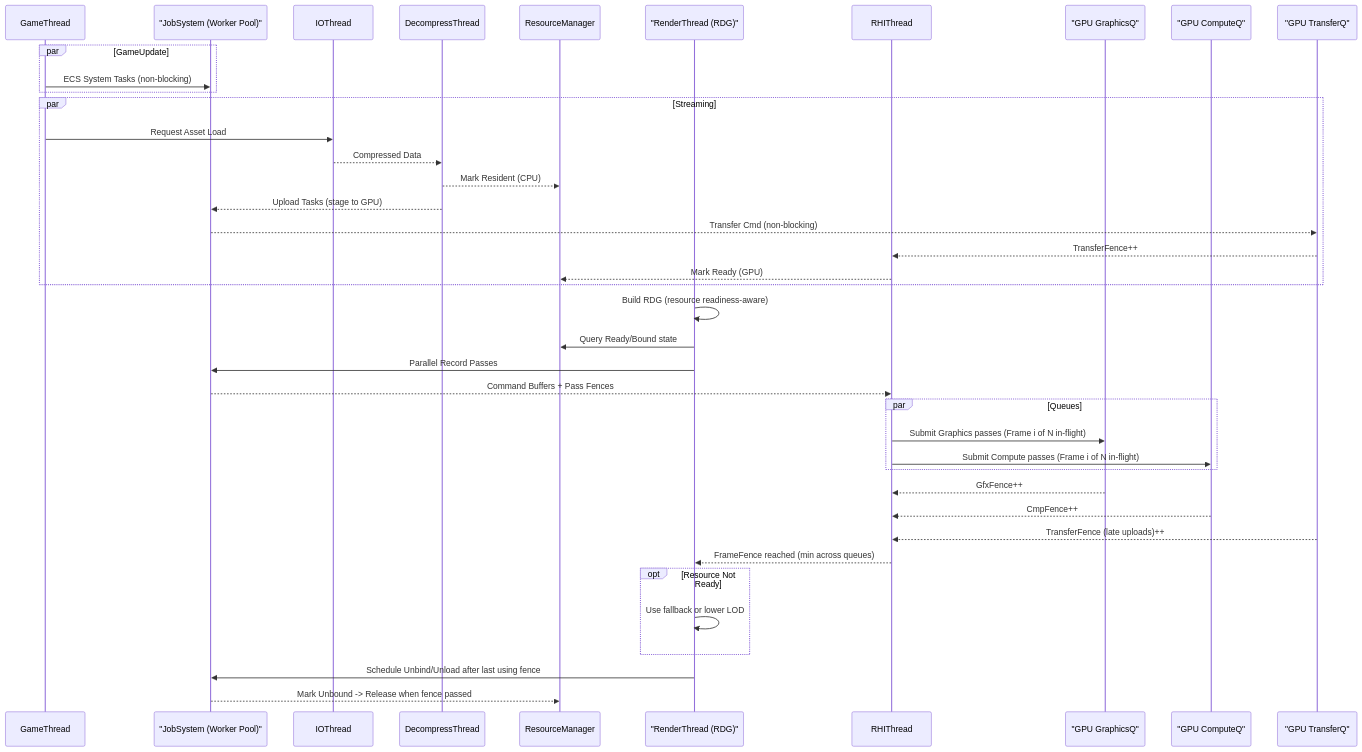
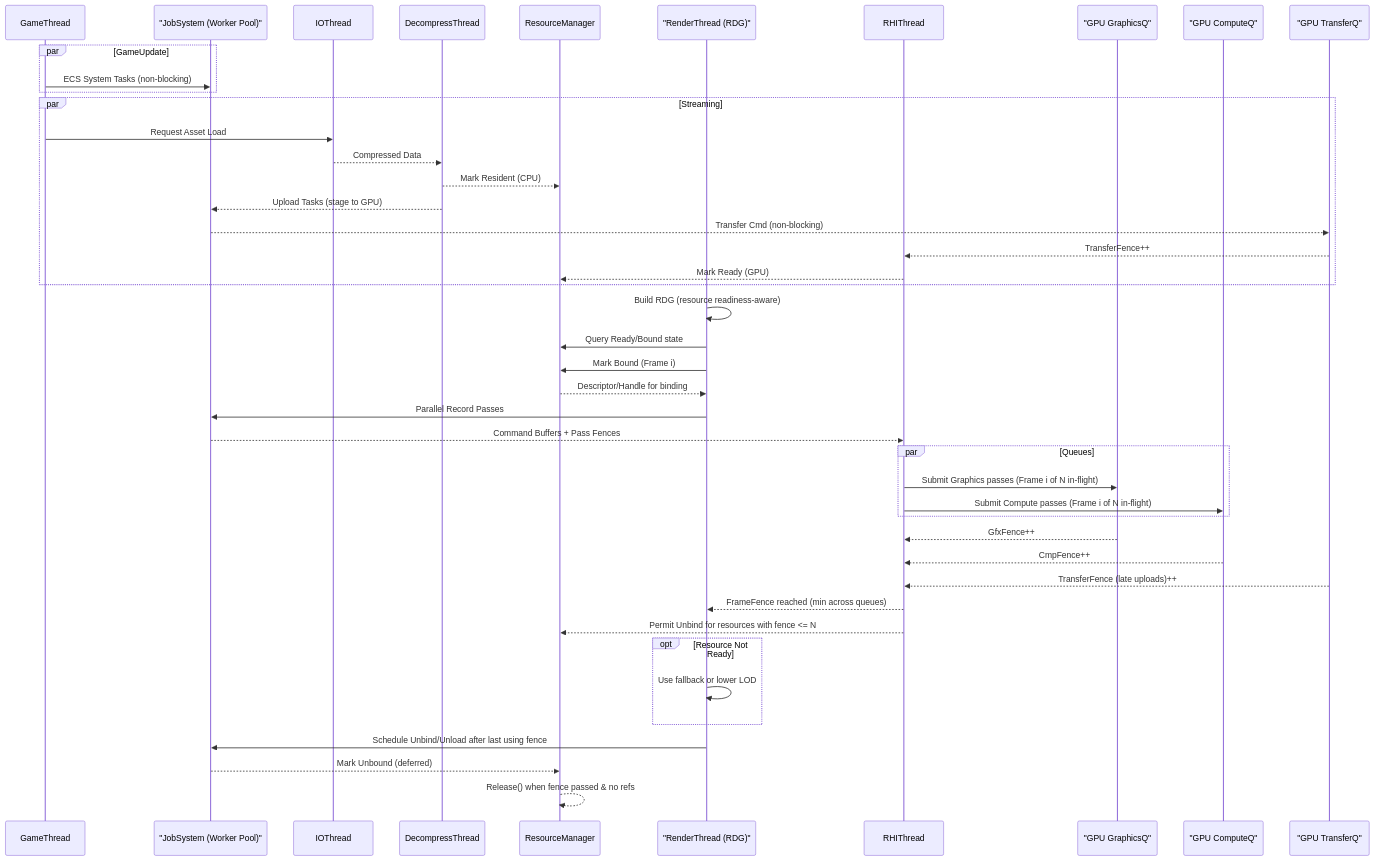
The diagram in Arisen/Doc/Architecture.md (ArisenEngine/Engine), drawn with Mermaid before and after one commit. The commit also changed other lines of this file, not shown here.

Commit message:
Architecture

````diff
--- a/Arisen/Doc/Architecture.md
+++ b/Arisen/Doc/Architecture.md
@@ -1,51 +1,55 @@
 ```mermaid
 sequenceDiagram
     participant Game as GameThread
     participant Jobs as "JobSystem (Worker Pool)"
     participant IO as IOThread
     participant DC as DecompressThread
     participant Res as ResourceManager
     participant Render as "RenderThread (RDG)"
     participant RHI as RHIThread
     participant GfxQ as "GPU GraphicsQ"
     participant CmpQ as "GPU ComputeQ"
     participant XferQ as "GPU TransferQ"
 
 
     par GameUpdate
         Game->>Jobs: ECS System Tasks (non-blocking)
     end
 
     par Streaming
         Game->>IO: Request Asset Load
         IO-->>DC: Compressed Data
         DC-->>Res: Mark Resident (CPU)
         DC-->>Jobs: Upload Tasks (stage to GPU)
         Jobs-->>XferQ: Transfer Cmd (non-blocking)
         XferQ-->>RHI: TransferFence++
         RHI-->>Res: Mark Ready (GPU)
     end
 
     Render->>Render: Build RDG (resource readiness-aware)
     Render->>Res: Query Ready/Bound state
+    Render->>Res: Mark Bound (Frame i)
+    Res-->>Render: Descriptor/Handle for binding
     Render->>Jobs: Parallel Record Passes
     Jobs-->>RHI: Command Buffers + Pass Fences
 
     par Queues
         RHI->>GfxQ: Submit Graphics passes (Frame i of N in-flight)
         RHI->>CmpQ: Submit Compute passes (Frame i of N in-flight)
     end
 
     GfxQ-->>RHI: GfxFence++
     CmpQ-->>RHI: CmpFence++
     XferQ-->>RHI: TransferFence (late uploads)++
 
     RHI-->>Render: FrameFence reached (min across queues)
+    RHI-->>Res: Permit Unbind for resources with fence <= N
 
     opt Resource Not Ready
         Render->>Render: Use fallback or lower LOD
     end
 
     Render->>Jobs: Schedule Unbind/Unload after last using fence
-    Jobs-->>Res: Mark Unbound -> Release when fence passed
+    Jobs-->>Res: Mark Unbound (deferred)
+    Res-->>Res: Release() when fence passed & no refs
 ```
````
